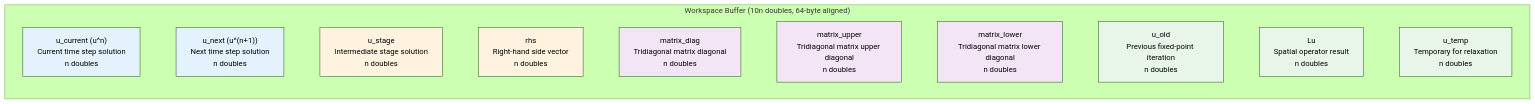
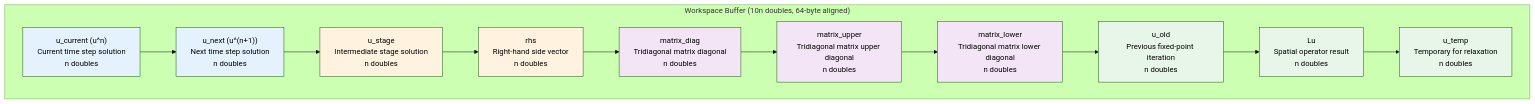
One commit to accelas/mango-option changed the second of 3 diagrams in docs/ARCHITECTURE.md. Above: the diagram before and after it, drawn with Mermaid (forest theme).

Commit message:
Replace invisible links with arrows in workspace buffer diagram
Change memory buffer diagram from invisible links (~~~) to explicit
arrows (-->) to show the sequential allocation flow more clearly.

This makes it visually apparent that the 10n doubles are allocated
contiguously in memory from u_current through u_temp.

🤖 Generated with [Claude Code](https://claude.com/claude-code)

````diff
--- a/docs/ARCHITECTURE.md
+++ b/docs/ARCHITECTURE.md
@@ -500,28 +500,28 @@
 ```mermaid
 graph TD
     subgraph "Workspace Buffer (10n doubles, 64-byte aligned)"
         A["u_current (u^n)<br/>Current time step solution<br/>n doubles"]
         B["u_next (u^(n+1))<br/>Next time step solution<br/>n doubles"]
         C["u_stage<br/>Intermediate stage solution<br/>n doubles"]
         D["rhs<br/>Right-hand side vector<br/>n doubles"]
         E["matrix_diag<br/>Tridiagonal matrix diagonal<br/>n doubles"]
         F["matrix_upper<br/>Tridiagonal matrix upper diagonal<br/>n doubles"]
         G["matrix_lower<br/>Tridiagonal matrix lower diagonal<br/>n doubles"]
         H["u_old<br/>Previous fixed-point iteration<br/>n doubles"]
         I["Lu<br/>Spatial operator result<br/>n doubles"]
         J["u_temp<br/>Temporary for relaxation<br/>n doubles"]
 
-        A ~~~ B ~~~ C ~~~ D ~~~ E ~~~ F ~~~ G ~~~ H ~~~ I ~~~ J
+        A --> B --> C --> D --> E --> F --> G --> H --> I --> J
     end
 
     style A fill:#e3f2fd
     style B fill:#e3f2fd
     style C fill:#fff3e0
     style D fill:#fff3e0
     style E fill:#f3e5f5
     style F fill:#f3e5f5
     style G fill:#f3e5f5
     style H fill:#e8f5e9
     style I fill:#e8f5e9
     style J fill:#e8f5e9
 ```
````
